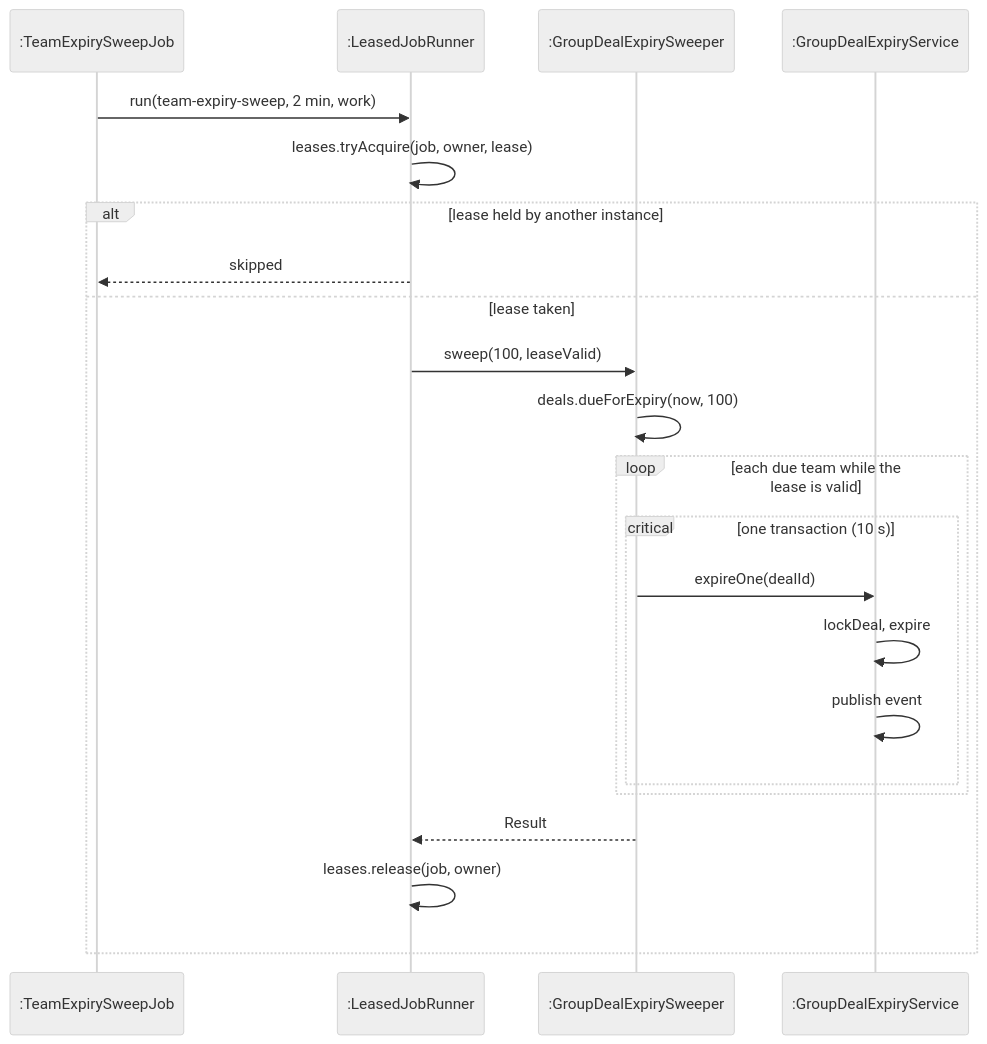
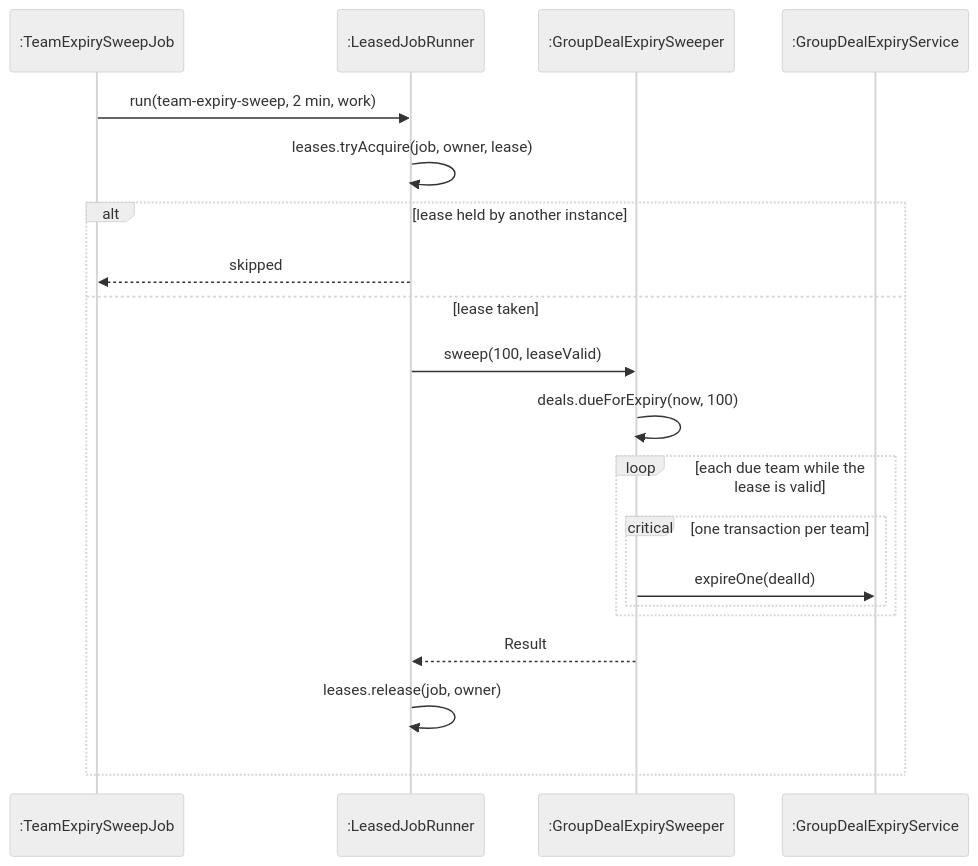
Before and after one commit to PPsyrius/iss-groupbuy-team8: the tenth of 10 diagrams in docs/swe5006/report/sections/03-2b-transition-5-7-yorik.md, drawn with Mermaid (neutral theme). The commit also changed other lines of this file and 60 other files, not shown here.

First line of the commit message:
docs(report): template format, VP-style UML and fact fixes (#463, #695) (#704)

````diff
--- a/docs/swe5006/report/sections/03-2b-transition-5-7-yorik.md
+++ b/docs/swe5006/report/sections/03-2b-transition-5-7-yorik.md
@@ -513,24 +474,22 @@
 ```mermaid
 sequenceDiagram
     participant T as :TeamExpirySweepJob
     participant L as :LeasedJobRunner
     participant S as :GroupDealExpirySweeper
     participant E as :GroupDealExpiryService
     T->>L: run(team-expiry-sweep, 2 min, work)
     L->>L: leases.tryAcquire(job, owner, lease)
     alt lease held by another instance
         L-->>T: skipped
     else lease taken
         L->>S: sweep(100, leaseValid)
         S->>S: deals.dueForExpiry(now, 100)
         loop each due team while the lease is valid
-            critical one transaction (10 s)
+            critical one transaction per team
                 S->>E: expireOne(dealId)
-                E->>E: lockDeal, expire
-                E->>E: publish event
             end
         end
         S-->>L: Result
         L->>L: leases.release(job, owner)
     end
 ```
````
